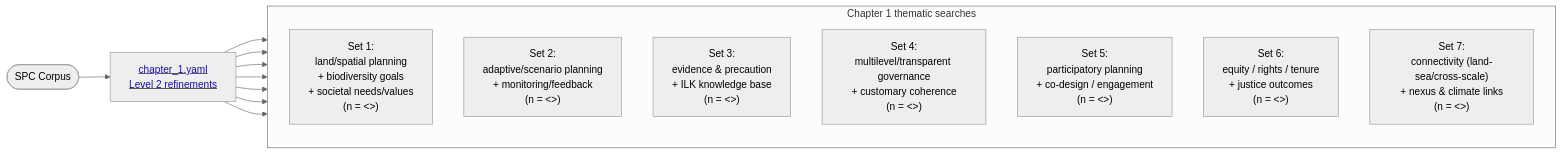
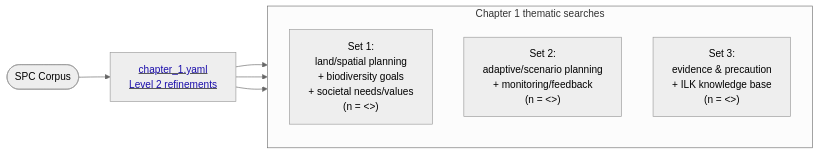
The diagram in figures/chapter1.mmd (gabriellabishop/IPBES_SPC_Corpus), drawn with Mermaid (neutral theme) before and after one commit. The commit also changed 86 other files, not shown here.

```diff
--- a/figures/chapter1.mmd
+++ b/figures/chapter1.mmd
@@ -1,23 +1,23 @@
 %%{init: {'flowchart': {'htmlLabels': true}}}%%
 flowchart LR
     Start([SPC Corpus]) --> Ch1["<u><span style='color:#1a0dab;'>chapter_1.yaml<br/>Level 2 refinements</span></u>"]
     click Ch1 "./input/search_terms/chapter_1.yaml" "Open chapter_1.yaml"
 
     subgraph Chapter1Sets["Chapter 1 thematic searches"]
         direction TB
         C1_1["Set 1:<br/>land/spatial planning<br/>+ biodiversity goals<br/>+ societal needs/values<br/>(n = <<C1_1>>)"]
         C1_2["Set 2:<br/>adaptive/scenario planning<br/>+ monitoring/feedback<br/>(n = <<C1_2>>)"]
         C1_3["Set 3:<br/>evidence & precaution<br/>+ ILK knowledge base<br/>(n = <<C1_3>>)"]
-        C1_4["Set 4:<br/>multilevel/transparent governance<br/>+ customary coherence<br/>(n = <<C1_4>>)"]
-        C1_5["Set 5:<br/>participatory planning<br/>+ co-design / engagement<br/>(n = <<C1_5>>)"]
-        C1_6["Set 6:<br/>equity / rights / tenure<br/>+ justice outcomes<br/>(n = <<C1_6>>)"]
-        C1_7["Set 7:<br/>connectivity (land-sea/cross-scale)<br/>+ nexus & climate links<br/>(n = <<C1_7>>)"]
+        %% C1_4["Set 4:<br/>multilevel/transparent governance<br/>+ customary coherence<br/>(n = <<C1_4>>)"]
+        %% C1_5["Set 5:<br/>participatory planning<br/>+ co-design / engagement<br/>(n = <<C1_5>>)"]
+        %% C1_6["Set 6:<br/>equity / rights / tenure<br/>+ justice outcomes<br/>(n = <<C1_6>>)"]
+        %% C1_7["Set 7:<br/>connectivity (land-sea/cross-scale)<br/>+ nexus & climate links<br/>(n = <<C1_7>>)"]
     end
 
     Ch1 --> C1_1
     Ch1 --> C1_2
     Ch1 --> C1_3
-    Ch1 --> C1_4
-    Ch1 --> C1_5
-    Ch1 --> C1_6
-    Ch1 --> C1_7
+    %% Ch1 --> C1_4
+    %% Ch1 --> C1_5
+    %% Ch1 --> C1_6
+    %% Ch1 --> C1_7
```
